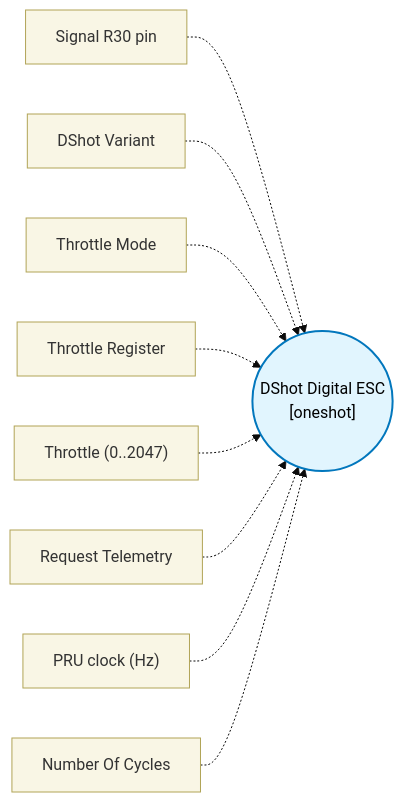
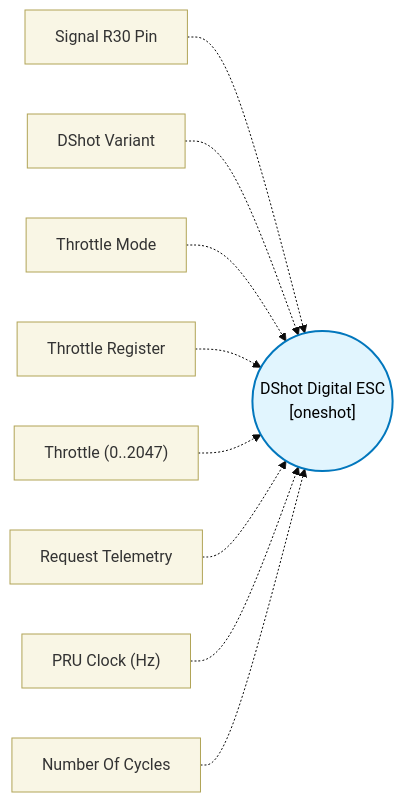
Before and after one commit to TexasInstruments/pru-no-code-tool: the diagram in docs/block-reference/blocks/dshot_block/design.md, drawn with Mermaid (base theme). The commit also changed other lines of this file and 89 other files, not shown here.

````diff
--- a/docs/block-reference/blocks/dshot_block/design.md
+++ b/docs/block-reference/blocks/dshot_block/design.md
@@ -11,14 +11,14 @@
 ```mermaid
 flowchart LR
   classDef config fill:#f9f6e5,stroke:#b1a457,stroke-width:1px,color:#333;
   classDef core fill:#e1f5fe,stroke:#0277bd,stroke-width:2px,color:#000;
   CORE(("DShot Digital ESC\n[oneshot]")):::core
-  CFG0["Signal R30 pin"]:::config -.-> CORE
+  CFG0["Signal R30 Pin"]:::config -.-> CORE
   CFG1["DShot Variant"]:::config -.-> CORE
   CFG2["Throttle Mode"]:::config -.-> CORE
   CFG3["Throttle Register"]:::config -.-> CORE
   CFG4["Throttle (0..2047)"]:::config -.-> CORE
   CFG5["Request Telemetry"]:::config -.-> CORE
-  CFG6["PRU clock (Hz)"]:::config -.-> CORE
+  CFG6["PRU Clock (Hz)"]:::config -.-> CORE
   CFG7["Number Of Cycles"]:::config -.-> CORE
 ```
````
